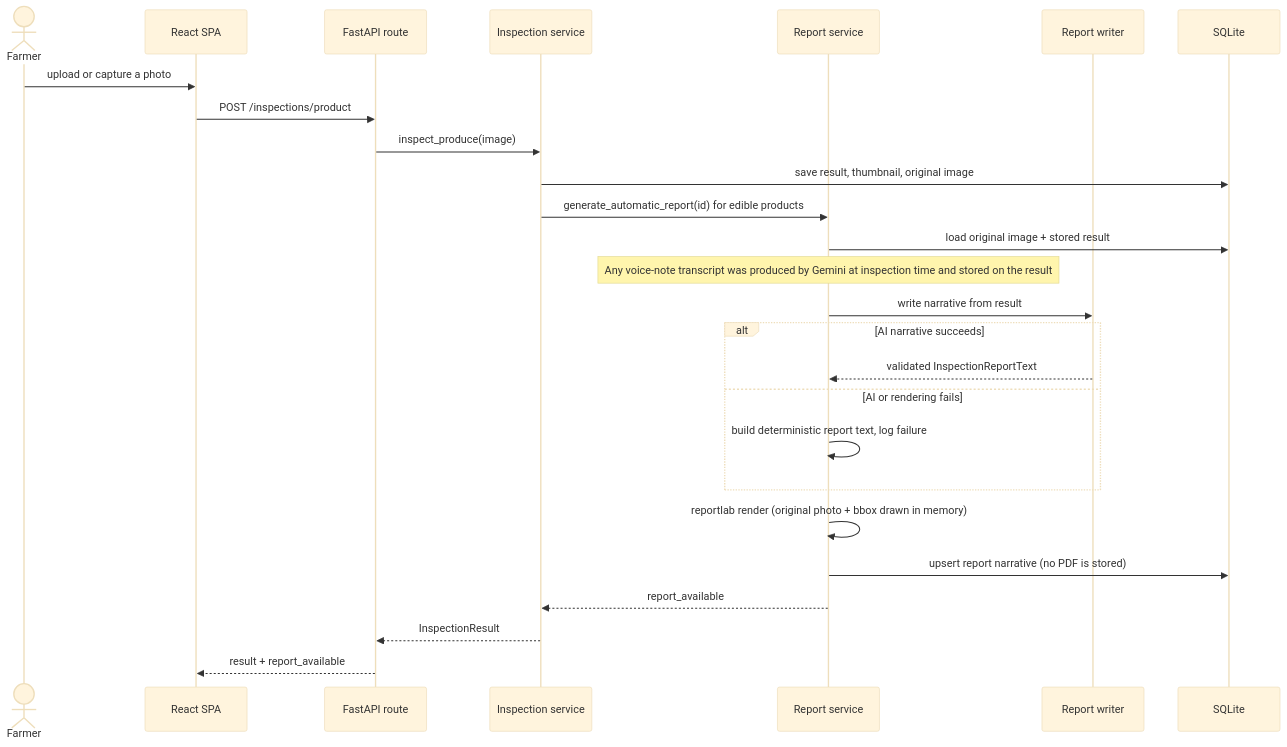
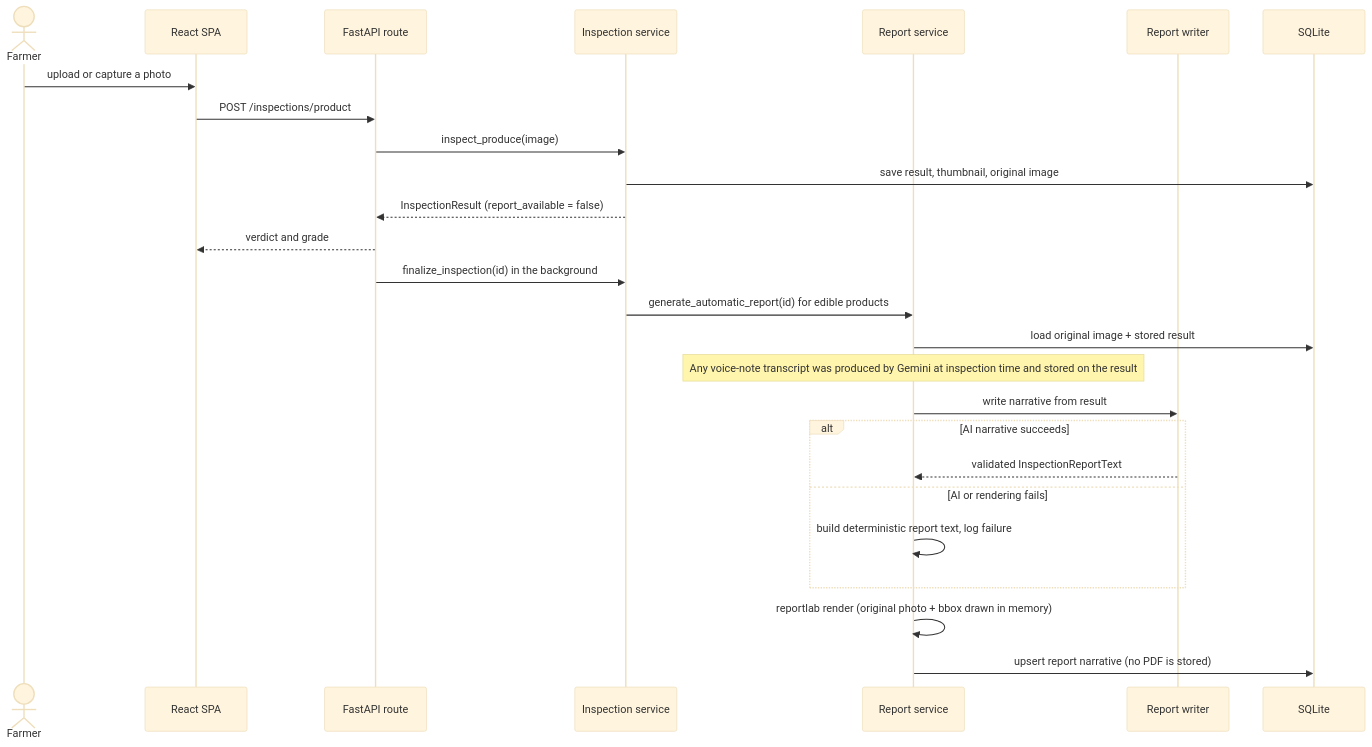
One commit to HamzaShafiq44/FieldMark changed the third of 4 diagrams in ARCHITECTURE.md. Above: the diagram before and after it, drawn with Mermaid (base theme). The commit also changed other lines of this file and 21 other files, not shown here.

````diff
--- a/ARCHITECTURE.md
+++ b/ARCHITECTURE.md
@@ -231,28 +237,28 @@
 ```mermaid
 sequenceDiagram
     actor F as Farmer
     participant UI as React SPA
     participant API as FastAPI route
     participant S as Inspection service
     participant R as Report service
     participant W as Report writer
     participant DB as SQLite
     F->>UI: upload or capture a photo
     UI->>API: POST /inspections/product
     API->>S: inspect_produce(image)
     S->>DB: save result, thumbnail, original image
+    S-->>API: InspectionResult (report_available = false)
+    API-->>UI: verdict and grade
+    API->>S: finalize_inspection(id) in the background
     S->>R: generate_automatic_report(id) for edible products
     R->>DB: load original image + stored result
     Note over R: Any voice-note transcript was produced by Gemini at inspection time and stored on the result
     R->>W: write narrative from result
     alt AI narrative succeeds
         W-->>R: validated InspectionReportText
     else AI or rendering fails
         R->>R: build deterministic report text, log failure
     end
     R->>R: reportlab render (original photo + bbox drawn in memory)
     R->>DB: upsert report narrative (no PDF is stored)
-    R-->>S: report_available
-    S-->>API: InspectionResult
-    API-->>UI: result + report_available
 ```
````
